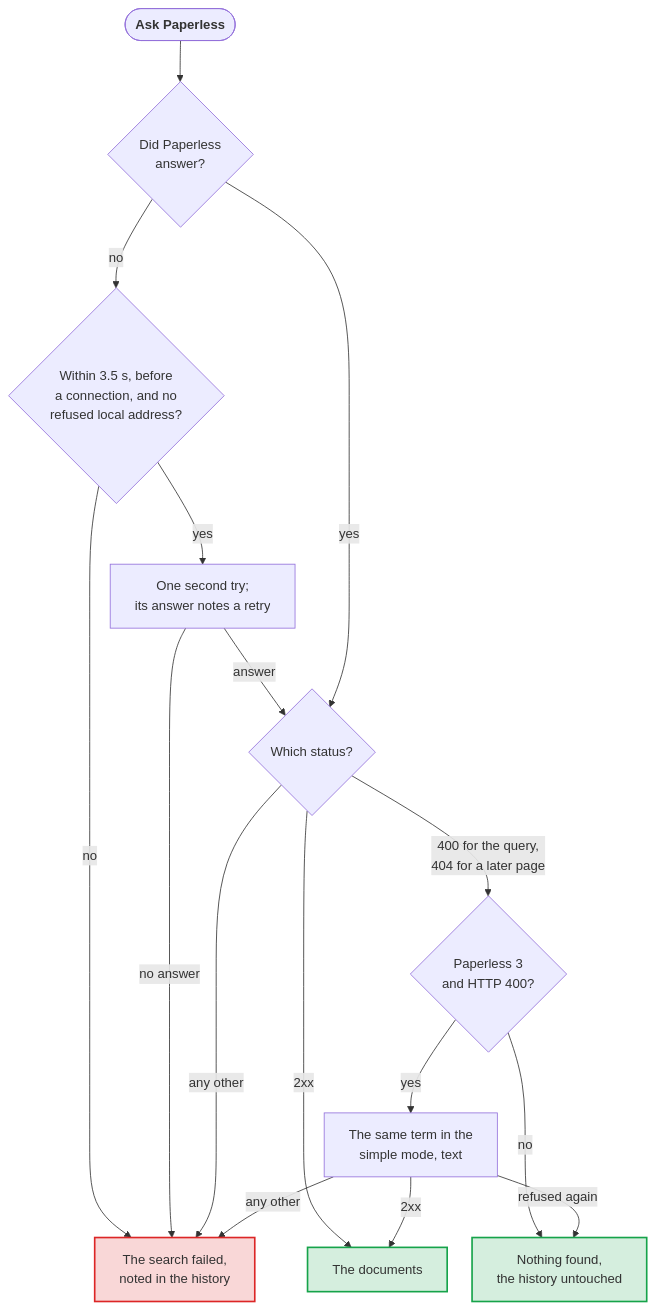
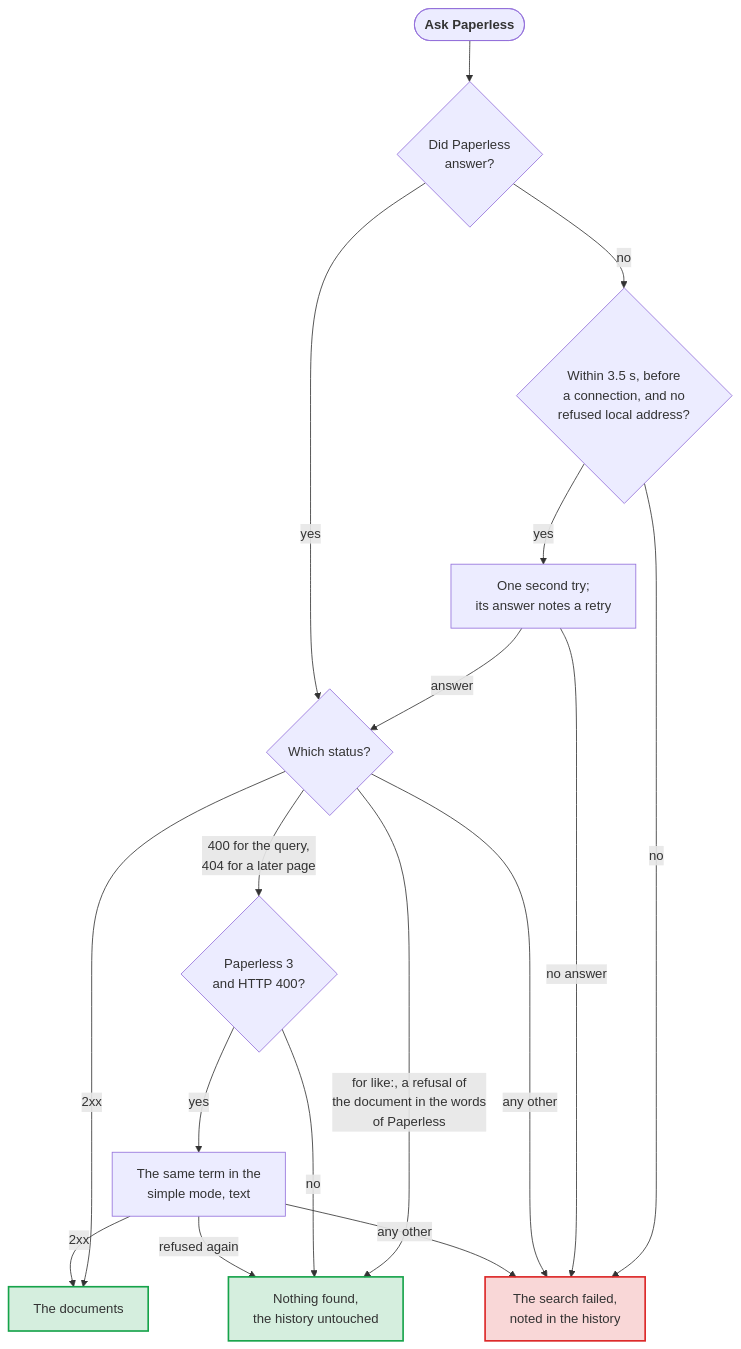
One commit to Dennis-Otto/paperless-unified-search changed the diagram in docs/diagrams/what-a-request-to-paperless-ends-in.mmd. Above: the diagram before and after it, drawn with Mermaid. The commit also changed 35 other files, not shown here.

First line of the commit message:
feat(search): find documents similar to one with like:[P412], and document more fields of Paperless's search (#278)

```diff
--- a/docs/diagrams/what-a-request-to-paperless-ends-in.mmd
+++ b/docs/diagrams/what-a-request-to-paperless-ends-in.mmd
@@ -1,41 +1,42 @@
 ---
 config:
   flowchart:
     wrappingWidth: 400
     nodeSpacing: 30
 ---
 flowchart TB
     accTitle: What a request to Paperless ends in
-    accDescr: The Paperless client asks Paperless for a page of documents. A request without an answer gets one second try only when it failed within 3.5 seconds, before it had a connection, and Nextcloud didn't refuse its address; a request that waited for a Paperless that hangs fails the search at once. An answer of 2xx brings the documents. HTTP 400 for the query, as for an advanced query that the user is still typing, or HTTP 404 for a page after the first, is no problem of the search, and the history stays untouched; on Paperless 3, the client asks once more with the same term in the simple mode of the search, which brings the documents of its words, finds nothing when refused again, and fails the search with any other answer. Every other answer fails the search, which the history notes.
+    accDescr: The Paperless client asks Paperless for a page of documents. A request without an answer gets one second try only when it failed within 3.5 seconds, before it had a connection, and Nextcloud didn't refuse its address; a request that waited for a Paperless that hangs fails the search at once. An answer of 2xx brings the documents. HTTP 400 for the query, as for an advanced query that the user is still typing, or HTTP 404 for a page after the first, is no problem of the search, and the history stays untouched; on Paperless 3, the client asks once more with the same term in the simple mode of the search, which brings the documents of its words, finds nothing when refused again, and fails the search with any other answer. For like:, an answer that refuses the document, HTTP 403 with the words of Paperless or, before Paperless-ngx 2.20.13, HTTP 400 with the words of its error, finds nothing as well, and the history stays untouched. Every other answer fails the search, which the history notes.
 
     request(["`**Ask Paperless**`"])
     answered{"Did Paperless<br>answer?"}
     early{"Within 3.5 s, before<br>a connection, and no<br>refused local address?"}
     second["One second try;<br>its answer notes a retry"]
     status{"Which status?"}
     documents["The documents"]
     paperless3{"Paperless 3<br>and HTTP 400?"}
     simple["The same term in the<br>simple mode, text"]
     nothing["Nothing found,<br>the history untouched"]
     failed["The search failed,<br>noted in the history"]
 
     request --> answered
     answered -- "no" --> early
     early -- "yes" --> second
     early -- "no" --> failed
     second -- "no answer" --> failed
     second -- "answer" --> status
     answered -- "yes" --> status
     status -- "2xx" --> documents
     status -- "400 for the query,<br>404 for a later page" --> paperless3
+    status -- "for like:, a refusal of<br>the document in the words<br>of Paperless" --> nothing
     status -- "any other" --> failed
     paperless3 -- "yes" --> simple
     paperless3 -- "no" --> nothing
     simple -- "2xx" --> documents
     simple -- "refused again" --> nothing
     simple -- "any other" --> failed
 
     classDef yes fill:#16a34a2e,stroke:#16a34a,stroke-width:2px
     classDef no fill:#dc26262e,stroke:#dc2626,stroke-width:2px
     class documents,nothing yes
     class failed no
```
